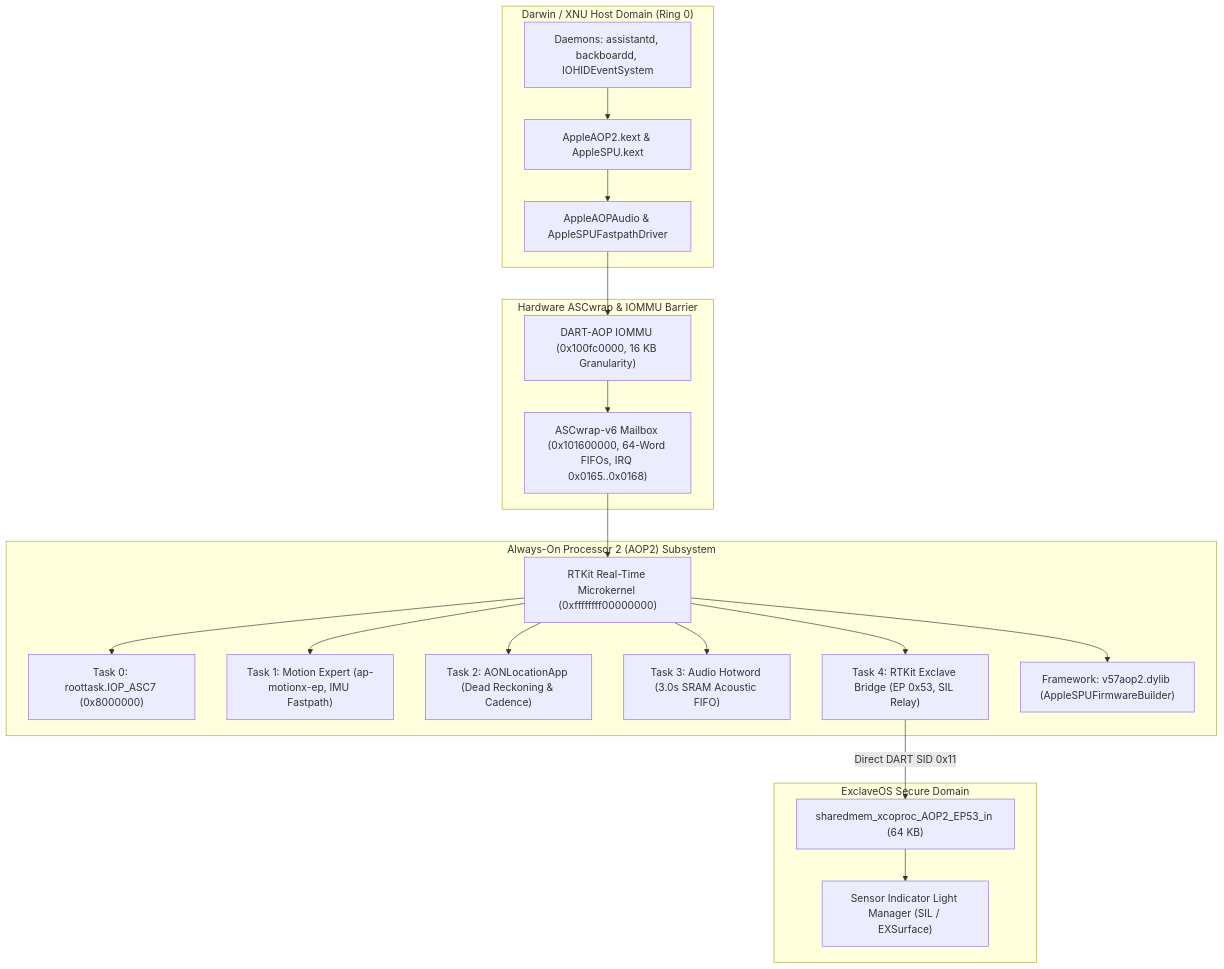
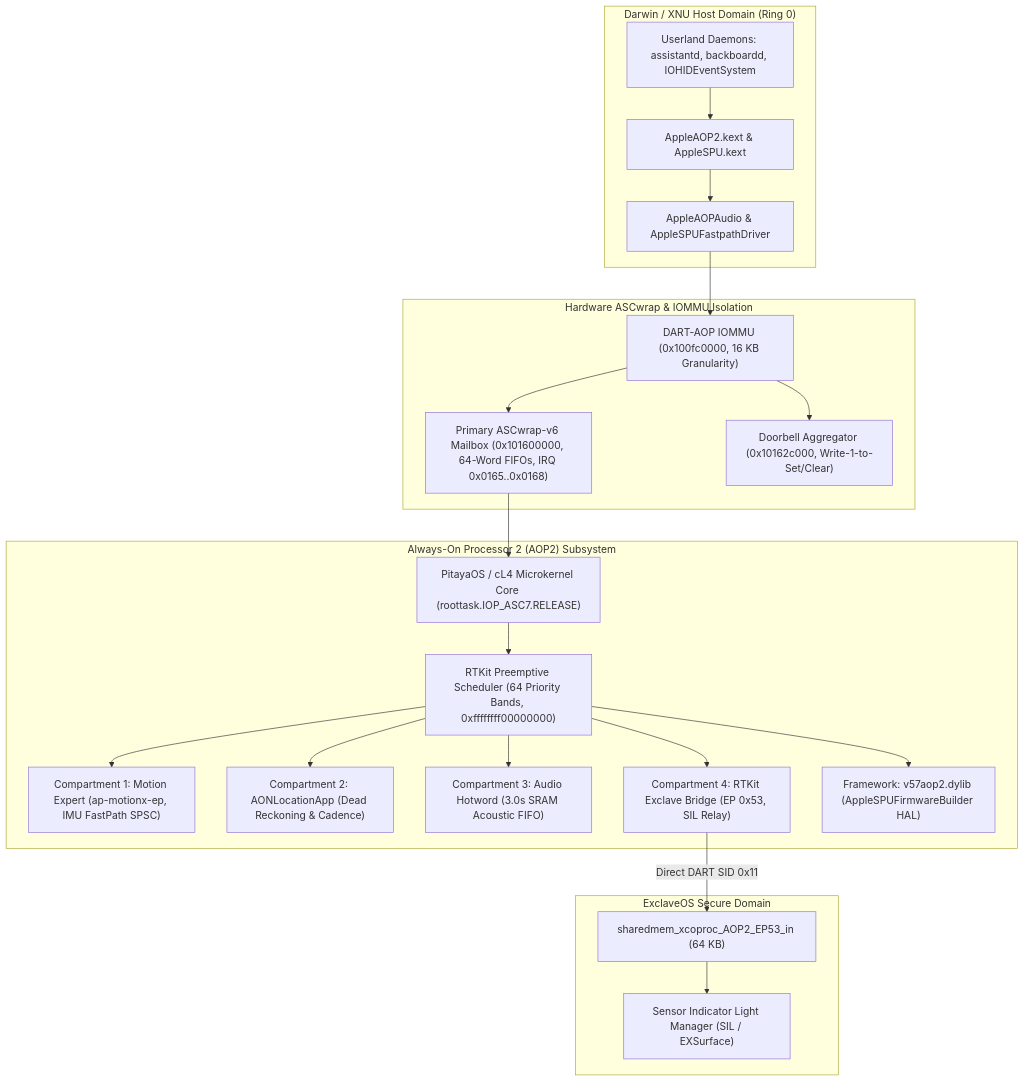
Before and after one commit to premkumar0184/apple-aop-rtkit: the diagram in README.md, drawn with Mermaid. The commit also changed other lines of this file, not shown here.

Commit message:
docs(readme): polish README with cL4 capability architecture, aubt boot chime, and 36 extracted invariants

````diff
--- a/README.md
+++ b/README.md
@@ -15,27 +40,28 @@
 ```mermaid
 flowchart TD
     subgraph HostDomain ["Darwin / XNU Host Domain (Ring 0)"]
-        A["Daemons: assistantd, backboardd, IOHIDEventSystem"] --> B["AppleAOP2.kext & AppleSPU.kext"]
+        A["Userland Daemons: assistantd, backboardd, IOHIDEventSystem"] --> B["AppleAOP2.kext & AppleSPU.kext"]
         B --> C["AppleAOPAudio & AppleSPUFastpathDriver"]
     end
 
-    subgraph HardwareBarrier ["Hardware ASCwrap & IOMMU Barrier"]
+    subgraph HardwareBarrier ["Hardware ASCwrap & IOMMU Isolation"]
         C --> D["DART-AOP IOMMU (0x100fc0000, 16 KB Granularity)"]
-        D --> E["ASCwrap-v6 Mailbox (0x101600000, 64-Word FIFOs, IRQ 0x0165..0x0168)"]
+        D --> E["Primary ASCwrap-v6 Mailbox (0x101600000, 64-Word FIFOs, IRQ 0x0165..0x0168)"]
+        D --> E2["Doorbell Aggregator (0x10162c000, Write-1-to-Set/Clear)"]
     end
 
     subgraph AOP2Domain ["Always-On Processor 2 (AOP2) Subsystem"]
-        E --> F["RTKit Real-Time Microkernel (0xffffffff00000000)"]
-        F --> G["Task 0: roottask.IOP_ASC7 (0x8000000)"]
-        F --> H1["Task 1: Motion Expert (ap-motionx-ep, IMU Fastpath)"]
-        F --> H2["Task 2: AONLocationApp (Dead Reckoning & Cadence)"]
-        F --> H3["Task 3: Audio Hotword (3.0s SRAM Acoustic FIFO)"]
-        F --> H4["Task 4: RTKit Exclave Bridge (EP 0x53, SIL Relay)"]
-        F --> H5["Framework: v57aop2.dylib (AppleSPUFirmwareBuilder)"]
+        E --> F["PitayaOS / cL4 Microkernel Core (roottask.IOP_ASC7.RELEASE)"]
+        F --> G["RTKit Preemptive Scheduler (64 Priority Bands, 0xffffffff00000000)"]
+        G --> H1["Compartment 1: Motion Expert (ap-motionx-ep, IMU FastPath SPSC)"]
+        G --> H2["Compartment 2: AONLocationApp (Dead Reckoning & Cadence)"]
+        G --> H3["Compartment 3: Audio Hotword (3.0s SRAM Acoustic FIFO)"]
+        G --> H4["Compartment 4: RTKit Exclave Bridge (EP 0x53, SIL Relay)"]
+        G --> H5["Framework: v57aop2.dylib (AppleSPUFirmwareBuilder HAL)"]
     end
 
     subgraph ExclaveOS ["ExclaveOS Secure Domain"]
         H4 -->|Direct DART SID 0x11| I["sharedmem_xcoproc_AOP2_EP53_in (64 KB)"]
         I --> J["Sensor Indicator Light Manager (SIL / EXSurface)"]
     end
 ```
````
